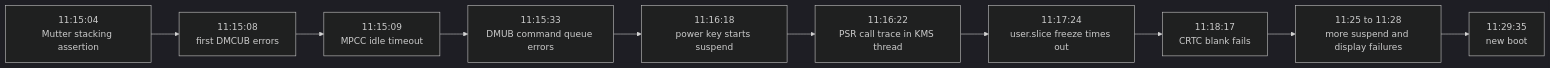
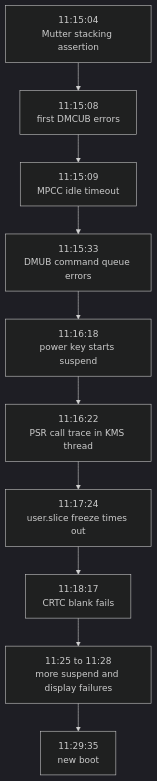
One commit to maxgio92/notes changed the tenth of 10 diagrams in content/notes/from-telegram-freeze-to-linux-graphics-stack.md. Above: the diagram before and after it, drawn with Mermaid (dark theme). The commit also changed other lines of this file, not shown here.

Commit message:
docs: make graphics diagrams vertical

```diff
--- a/content/notes/from-telegram-freeze-to-linux-graphics-stack.md
+++ b/content/notes/from-telegram-freeze-to-linux-graphics-stack.md
@@ -353,12 +353,12 @@
 {{< mermaid >}}
-flowchart LR
+flowchart TB
     T1["11:15:04<br/>Mutter stacking assertion"] --> T2["11:15:08<br/>first DMCUB errors"]
     T2 --> T3["11:15:09<br/>MPCC idle timeout"]
     T3 --> T4["11:15:33<br/>DMUB command queue errors"]
     T4 --> T5["11:16:18<br/>power key starts suspend"]
     T5 --> T6["11:16:22<br/>PSR call trace in KMS thread"]
     T6 --> T7["11:17:24<br/>user.slice freeze times out"]
     T7 --> T8["11:18:17<br/>CRTC blank fails"]
     T8 --> T9["11:25 to 11:28<br/>more suspend and display failures"]
     T9 --> T10["11:29:35<br/>new boot"]
 {{< /mermaid >}}
```
